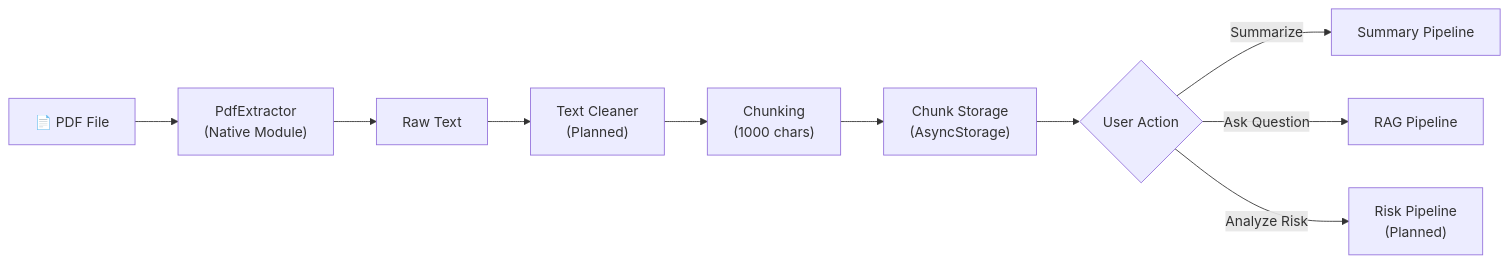
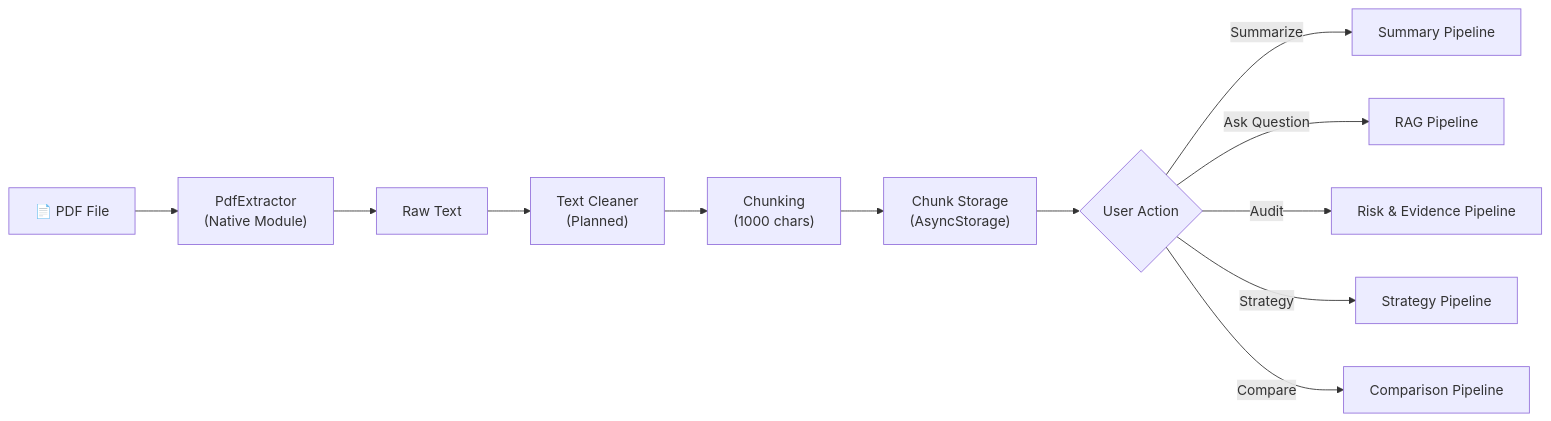
One commit to Nani040905/mobile-legal-ai-assistant changed the first of 8 diagrams in docs/06-document-processing.md. Above: the diagram before and after it, drawn with Mermaid. The commit also changed other lines of this file and 3 other files, not shown here.

Commit message:
Update docs to reflect Phase 13 and Phase 18 architecture and roadmap

````diff
--- a/docs/06-document-processing.md
+++ b/docs/06-document-processing.md
@@ -19,12 +19,14 @@
 ```mermaid
 flowchart LR
     A["📄 PDF File"] --> B["PdfExtractor\n(Native Module)"]
     B --> C["Raw Text"]
     C --> D["Text Cleaner\n(Planned)"]
     D --> E["Chunking\n(1000 chars)"]
     E --> F["Chunk Storage\n(AsyncStorage)"]
     F --> G{"User Action"}
     G -->|"Summarize"| H["Summary Pipeline"]
     G -->|"Ask Question"| I["RAG Pipeline"]
-    G -->|"Analyze Risk"| J["Risk Pipeline\n(Planned)"]
+    G -->|"Audit"| J["Risk & Evidence Pipeline"]
+    G -->|"Strategy"| K["Strategy Pipeline"]
+    G -->|"Compare"| L["Comparison Pipeline"]
 ```
````
